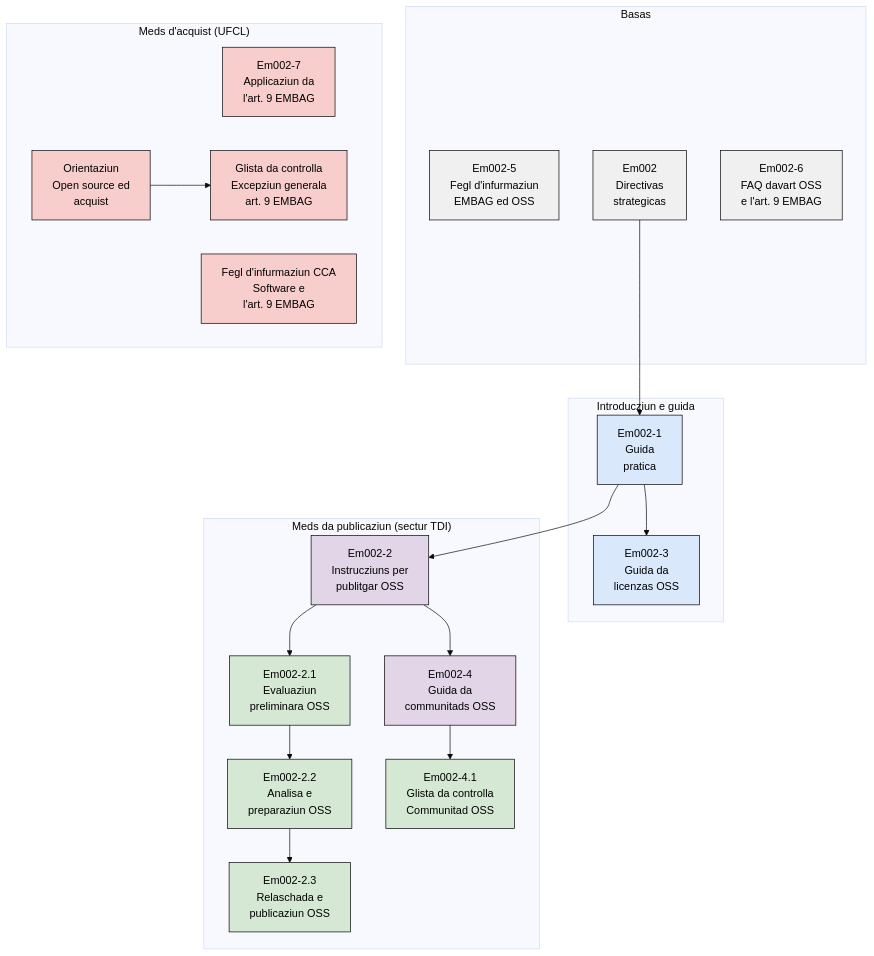
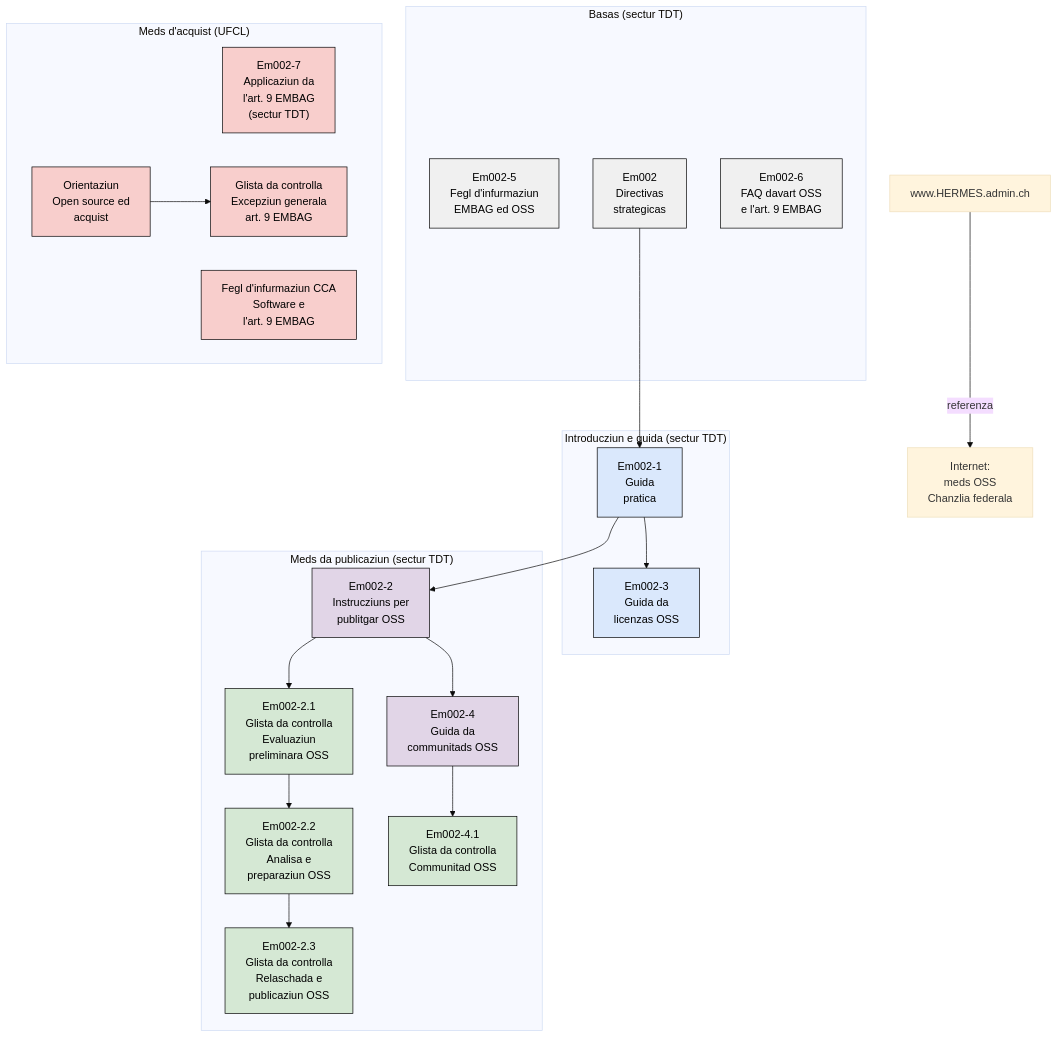
One commit to 736-c41-2c1-e464fc974/opensource-guidelines changed the diagram in docs/partials/document-map.rm.adoc. Above: the diagram before and after it, drawn with Mermaid (base theme). The commit also changed 5 other files, not shown here.

```diff
--- a/docs/partials/document-map.rm.adoc
+++ b/docs/partials/document-map.rm.adoc
@@ -2,51 +2,55 @@
 [mermaid,align="center",alt="Survista dals meds OSS en connex cun l'art. 9 EMBAG"]
 ....
 flowchart TD
-    subgraph FUND["Basas"]
+    subgraph FUND["Basas (sectur TDT)"]
         EM0025["Em002-5<br/>Fegl d'infurmaziun<br/>EMBAG ed OSS"]
         EM002["Em002<br/>Directivas<br/>strategicas"]
         EM0026["Em002-6<br/>FAQ davart OSS<br/>e l'art. 9 EMBAG"]
     end
 
-    subgraph INTRO["Introducziun e guida"]
+    subgraph INTRO["Introducziun e guida (sectur TDT)"]
         EM0021["Em002-1<br/>Guida<br/>pratica"]
         EM0023["Em002-3<br/>Guida da<br/>licenzas OSS"]
     end
 
-    subgraph PUB["Meds da publicaziun (sectur TDI)"]
+    subgraph PUB["Meds da publicaziun (sectur TDT)"]
         EM0022["Em002-2<br/>Instrucziuns per<br/>publitgar OSS"]
         EM0024["Em002-4<br/>Guida da<br/>communitads OSS"]
-        CL21["Em002-2.1<br/>Evaluaziun<br/>preliminara OSS"]
-        CL22["Em002-2.2<br/>Analisa e<br/>preparaziun OSS"]
-        CL23["Em002-2.3<br/>Relaschada e<br/>publicaziun OSS"]
+        CL21["Em002-2.1<br/>Glista da controlla<br/>Evaluaziun<br/>preliminara OSS"]
+        CL22["Em002-2.2<br/>Glista da controlla<br/>Analisa e<br/>preparaziun OSS"]
+        CL23["Em002-2.3<br/>Glista da controlla<br/>Relaschada e<br/>publicaziun OSS"]
         CL41["Em002-4.1<br/>Glista da controlla<br/>Communitad OSS"]
     end
 
     subgraph PROC["Meds d'acquist (UFCL)"]
-        EM0027["Em002-7<br/>Applicaziun da<br/>l'art. 9 EMBAG"]
+        EM0027["Em002-7<br/>Applicaziun da<br/>l'art. 9 EMBAG<br/>(sectur TDT)"]
         KBB["Fegl d'infurmaziun CCA<br/>Software e<br/>l'art. 9 EMBAG"]
         ORI["Orientaziun<br/>Open source ed<br/>acquist"]
         CLEX["Glista da controlla<br/>Excepziun generala<br/>art. 9 EMBAG"]
     end
+
+    HERMES["www.HERMES.admin.ch"]
+    FCHOSS["Internet:<br/>meds OSS<br/>Chanzlia federala"]
 
     EM002 --> EM0021
     EM0021 --> EM0023
     EM0021 --> EM0022
     EM0022 --> EM0024
     EM0022 --> CL21
     CL21 --> CL22
     CL22 --> CL23
     EM0024 --> CL41
     ORI --> CLEX
+    HERMES -->|"referenza"| FCHOSS
 
     classDef fund fill:#f0f0f0,stroke:#000000,color:#000000
     classDef intro fill:#dae8fc,stroke:#000000,color:#000000
     classDef pub fill:#e1d5e7,stroke:#000000,color:#000000
     classDef check fill:#d5e8d4,stroke:#000000,color:#000000
     classDef proc fill:#f8cecc,stroke:#000000,color:#000000
     class EM002,EM0025,EM0026 fund
     class EM0021,EM0023 intro
     class EM0022,EM0024 pub
     class CL21,CL22,CL23,CL41 check
     class EM0027,KBB,ORI,CLEX proc
 ....
```
